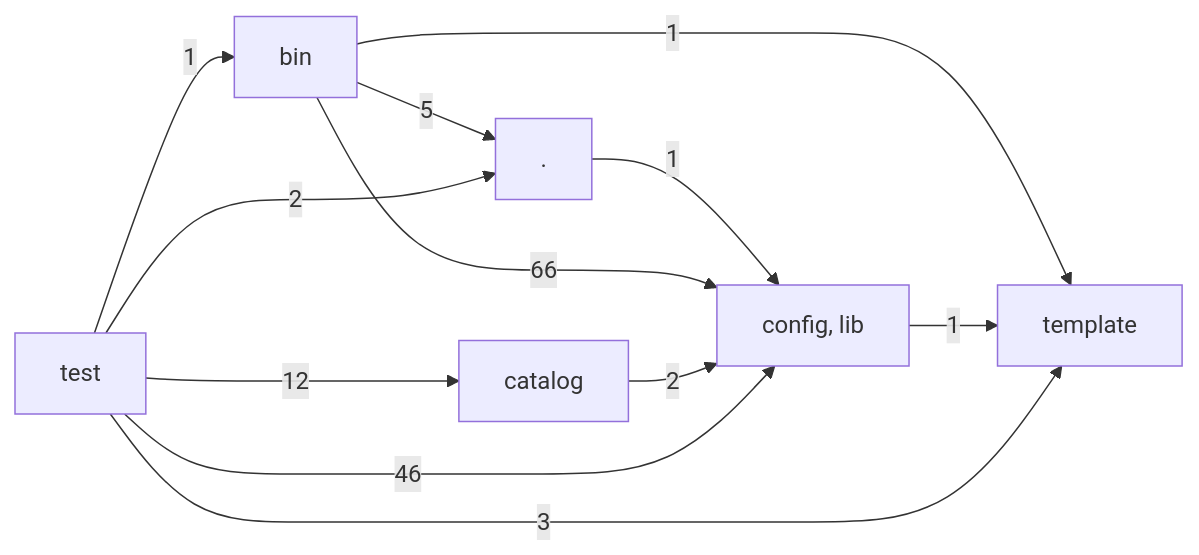
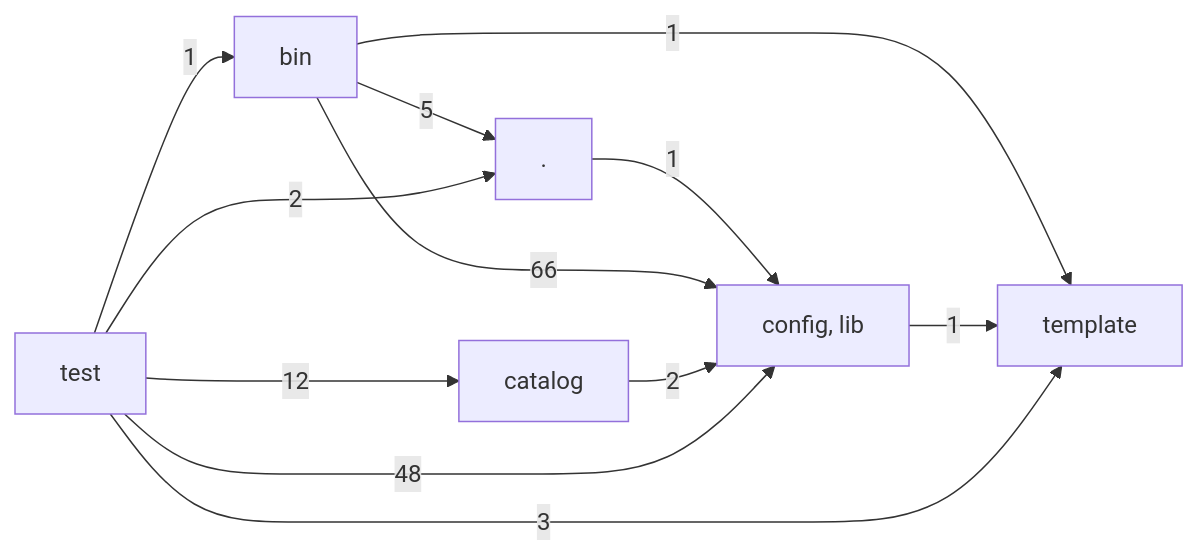
Before and after one commit to hackersandwizards/scaffolding: the diagram in docs/architecture/layers.md, drawn with Mermaid. The commit also changed 12 other files, not shown here.

````diff
--- a/docs/architecture/layers.md
+++ b/docs/architecture/layers.md
@@ -3,20 +3,20 @@
 ```mermaid
 graph LR
   L0["."]
   L1["bin"]
   L2["catalog"]
   L3["config, lib"]
   L4["template"]
   L5["test"]
   L0 -->|1| L3
   L1 -->|5| L0
   L1 -->|66| L3
   L1 -->|1| L4
   L2 -->|2| L3
   L3 -->|1| L4
   L5 -->|2| L0
   L5 -->|1| L1
   L5 -->|12| L2
-  L5 -->|46| L3
+  L5 -->|48| L3
   L5 -->|3| L4
 ```
````
